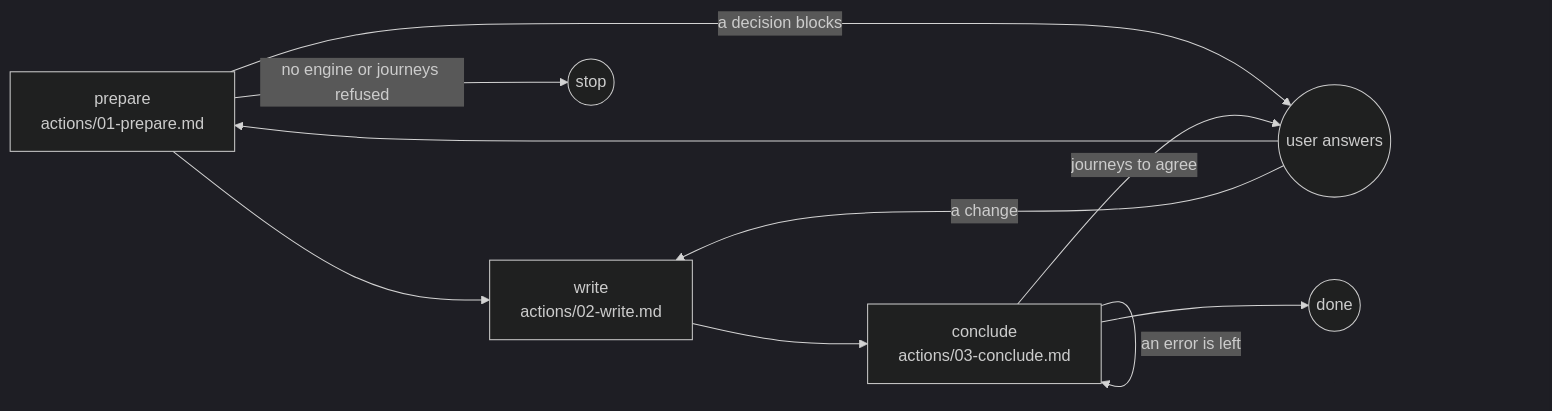
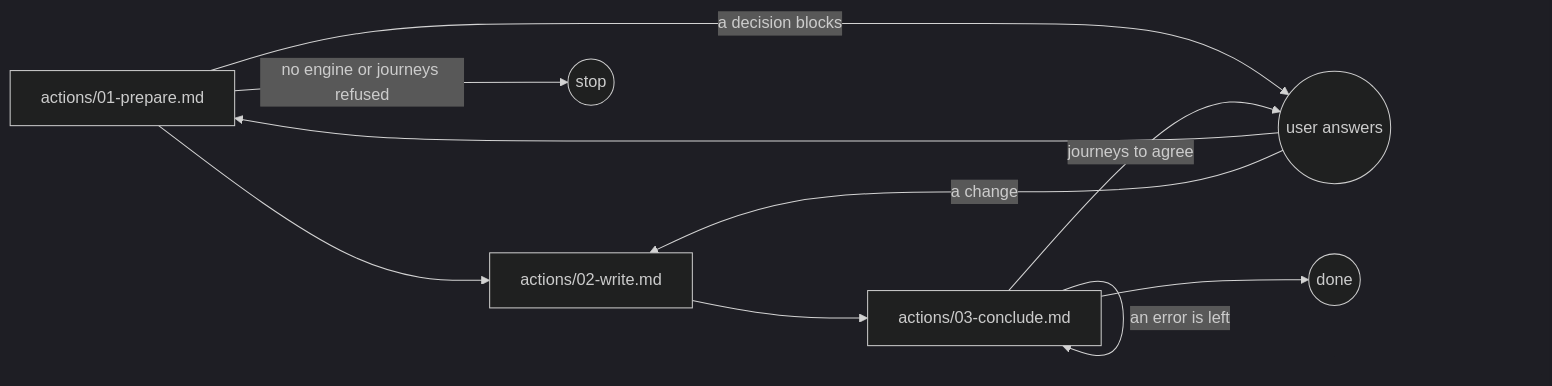
Before and after one commit to ai-driven-dev/framework: the diagram in plugins/aidd-ui/skills/01-journeys/SKILL.md, drawn with Mermaid (dark theme). The commit also changed other lines of this file and 24 other files, not shown here.

````diff
--- a/plugins/aidd-ui/skills/01-journeys/SKILL.md
+++ b/plugins/aidd-ui/skills/01-journeys/SKILL.md
@@ -10,12 +8,12 @@
 ```mermaid
 flowchart LR
-  prepare["prepare<br>actions/01-prepare.md"] --> write["write<br>actions/02-write.md"]
-  write --> conclude["conclude<br>actions/03-conclude.md"]
+  prepare["actions/01-prepare.md"] --> write["actions/02-write.md"]
+  write --> conclude["actions/03-conclude.md"]
   prepare -->|"a decision blocks"| user((user answers))
   user --> prepare
   conclude -->|"an error is left"| conclude
   conclude -->|"journeys to agree"| user
   user -->|"a change"| write
   conclude --> done((done))
   prepare -->|"no engine or journeys refused"| stop((stop))
 ```
````
